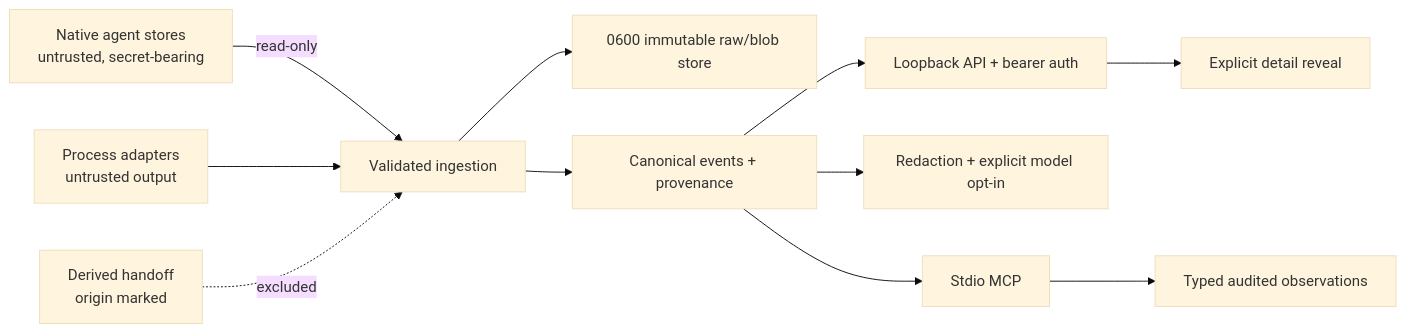
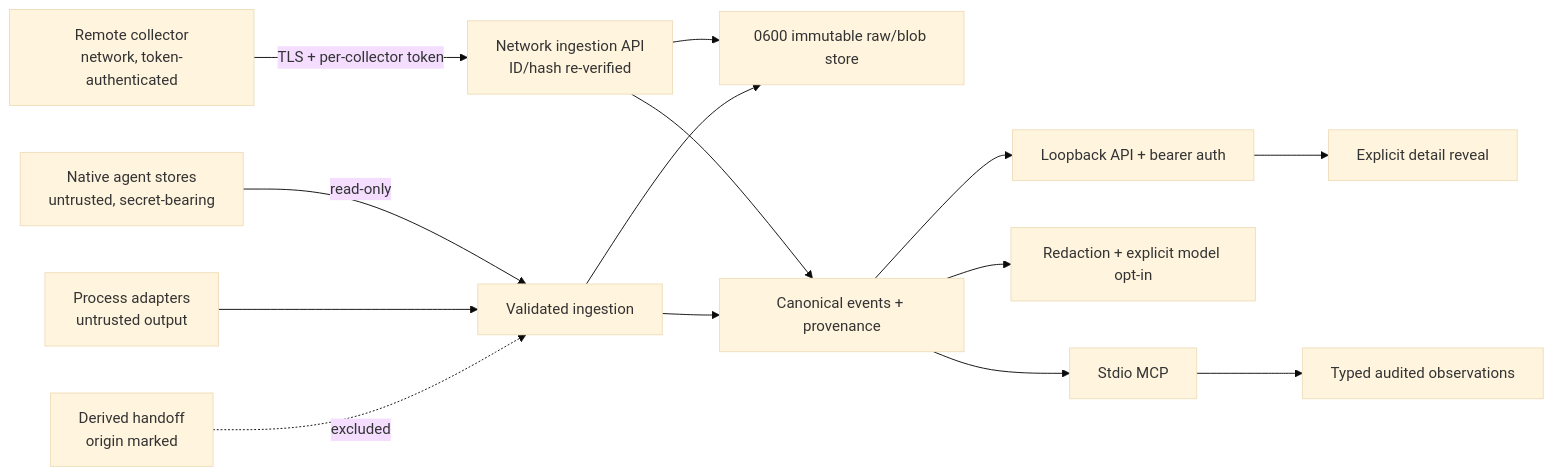
One commit to h3rb3rn/agentic-tool-merger changed the diagram in docs/security/threat-model.md. Above: the diagram before and after it, drawn with Mermaid (base theme). The commit also changed other lines of this file and 4 other files, not shown here.

First line of the commit message:
docs: cover network ingestion in the threat model, API reference, and storage docs

````diff
--- a/docs/security/threat-model.md
+++ b/docs/security/threat-model.md
@@ -7,13 +10,16 @@
 ```mermaid
 flowchart LR
     native["Native agent stores\nuntrusted, secret-bearing"] -->|read-only| ingest
     adapters["Process adapters\nuntrusted output"] --> ingest["Validated ingestion"]
+    collector["Remote collector\nnetwork, token-authenticated"] -->|TLS + per-collector token| netingest["Network ingestion API\nID/hash re-verified"]
+    netingest --> raw
+    netingest --> canonical
     ingest --> raw["0600 immutable raw/blob store"]
     ingest --> canonical["Canonical events + provenance"]
     canonical --> api["Loopback API + bearer auth"]
     canonical --> model["Redaction + explicit model opt-in"]
     canonical --> mcp["Stdio MCP"]
     api --> rawview["Explicit detail reveal"]
     mcp --> records["Typed audited observations"]
     handoff["Derived handoff\norigin marked"] -.->|excluded| ingest
 ```
````
